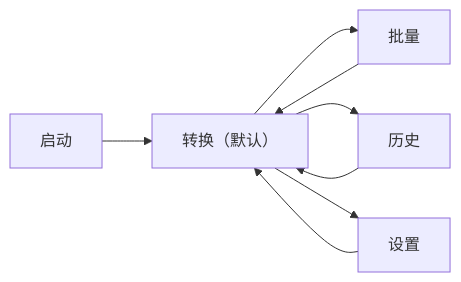
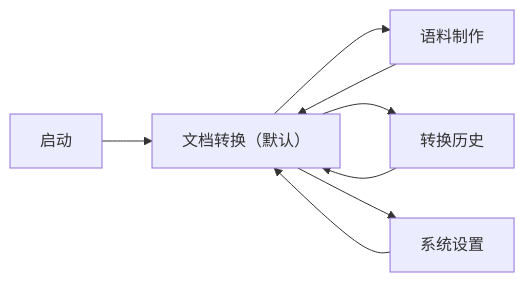
Before and after one commit to 987763485/ManoDoc: the eighth of 21 diagrams in docs/superpowers/软件功能设计说明.md, drawn with Mermaid. The commit also changed other lines of this file and 25 other files, not shown here.

````diff
--- a/docs/superpowers/软件功能设计说明.md
+++ b/docs/superpowers/软件功能设计说明.md
@@ -355,10 +358,10 @@
 ```mermaid
 flowchart LR
-  S["启动"] --> H["转换（默认）"]
-  H --> B["批量"]
-  H --> T["历史"]
-  H --> G["设置"]
+  S["启动"] --> H["文档转换（默认）"]
+  H --> B["语料制作"]
+  H --> T["转换历史"]
+  H --> G["系统设置"]
   B --> H
   T --> H
   G --> H
 ```
````
